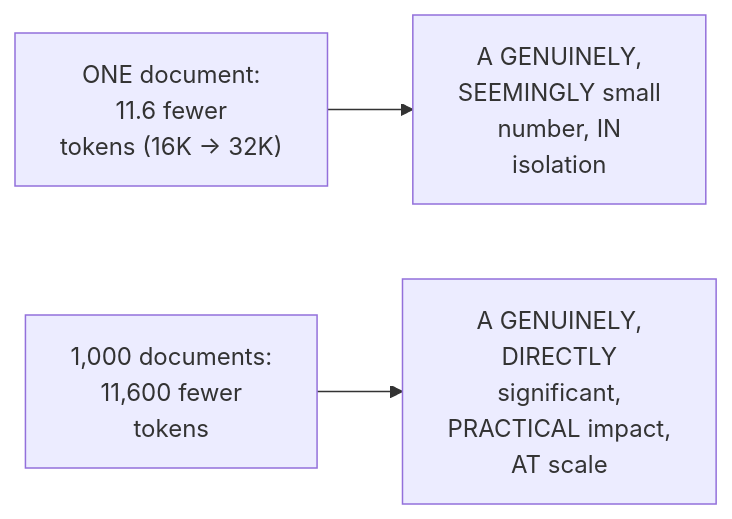
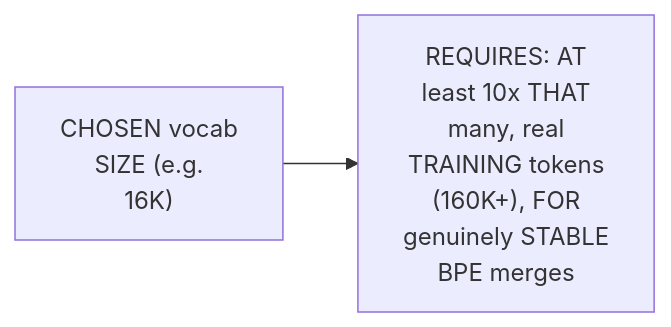
Before and after one commit to sanjeevpalla/Notes: the fifth of 27 diagrams in LLM Production AI Engineering/1. AI Foundations/2. Tokenization/4. Resolving the Vocabulary-Size Conflict.md, drawn with Mermaid. The commit also changed other lines of this file and 7 other files, not shown here.

````diff
--- a/LLM Production AI Engineering/1. AI Foundations/2. Tokenization/4. Resolving the Vocabulary-Size Conflict.md
+++ b/LLM Production AI Engineering/1. AI Foundations/2. Tokenization/4. Resolving the Vocabulary-Size Conflict.md
@@ -187,5 +142,4 @@
 ```mermaid
 flowchart LR
-    A["ONE document:<br/>11.6 fewer<br/>tokens (16K -> 32K)"] --> B["A GENUINELY,<br/>SEEMINGLY small<br/>number, IN<br/>isolation"]
-    C["1,000 documents:<br/>11,600 fewer<br/>tokens"] --> D["A GENUINELY,<br/>DIRECTLY<br/>significant,<br/>PRACTICAL impact,<br/>AT scale"]
+    A["CHOSEN vocab<br/>SIZE (e.g.<br/>16K)"] --> B["REQUIRES: AT<br/>least 10x THAT<br/>many, real<br/>TRAINING tokens<br/>(160K+), FOR<br/>genuinely STABLE<br/>BPE merges"]
 ```
````
